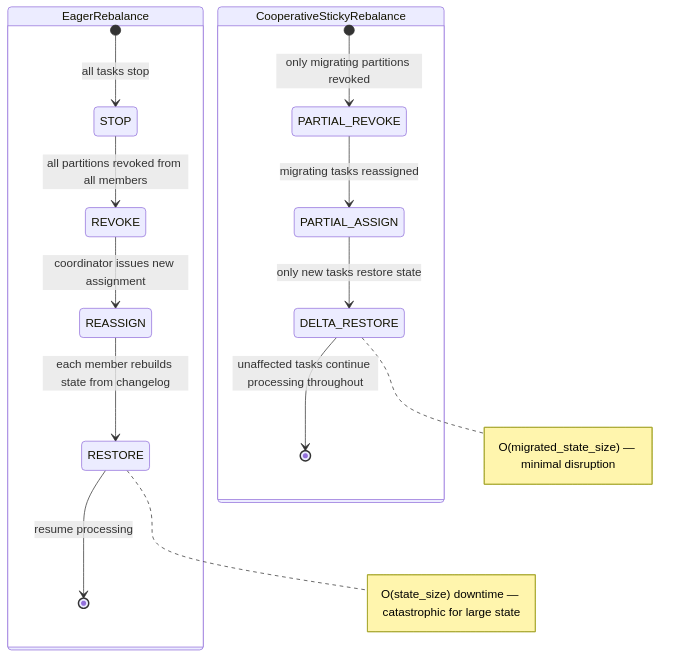
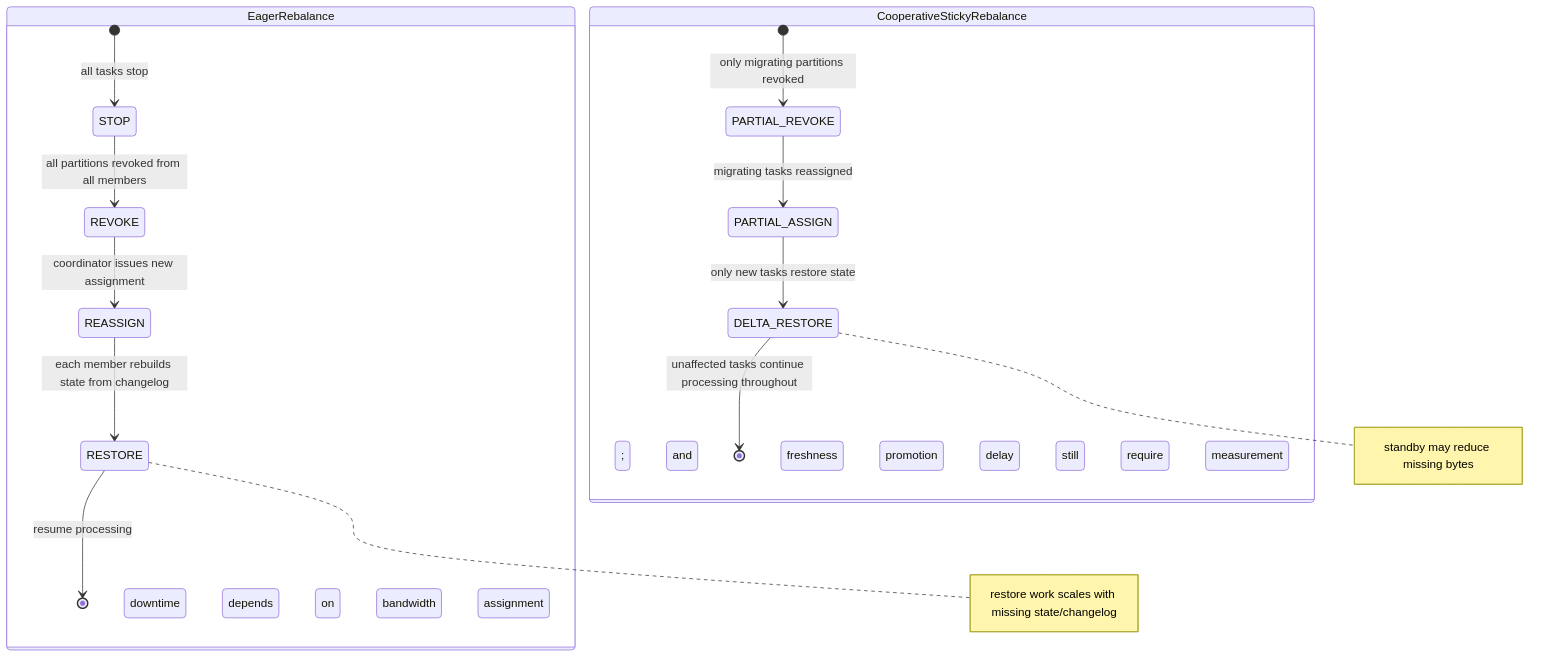
The ninth of 21 diagrams in content/docs/books/kafka/kafka-streams-ksqldb.md (choisimo/document), drawn with Mermaid before and after one commit. The commit also changed other lines of this file and 504 other files, not shown here.

````diff
--- a/content/docs/books/kafka/kafka-streams-ksqldb.md
+++ b/content/docs/books/kafka/kafka-streams-ksqldb.md
@@ -217,19 +224,19 @@
 ```mermaid
 stateDiagram-v2
     state EagerRebalance {
         [*] --> STOP: all tasks stop
         STOP --> REVOKE: all partitions revoked from all members
         REVOKE --> REASSIGN: coordinator issues new assignment
         REASSIGN --> RESTORE: each member rebuilds state from changelog
         RESTORE --> [*]: resume processing
-        note right of RESTORE: O(state_size) downtime — catastrophic for large state
+        note right of RESTORE: restore work scales with missing state/changelog; downtime depends on bandwidth and assignment
     }
 
     state CooperativeStickyRebalance {
         [*] --> PARTIAL_REVOKE: only migrating partitions revoked
         PARTIAL_REVOKE --> PARTIAL_ASSIGN: migrating tasks reassigned
         PARTIAL_ASSIGN --> DELTA_RESTORE: only new tasks restore state
         DELTA_RESTORE --> [*]: unaffected tasks continue processing throughout
-        note right of DELTA_RESTORE: O(migrated_state_size) — minimal disruption
+        note right of DELTA_RESTORE: standby may reduce missing bytes; freshness and promotion delay still require measurement
     }
 ```
````
